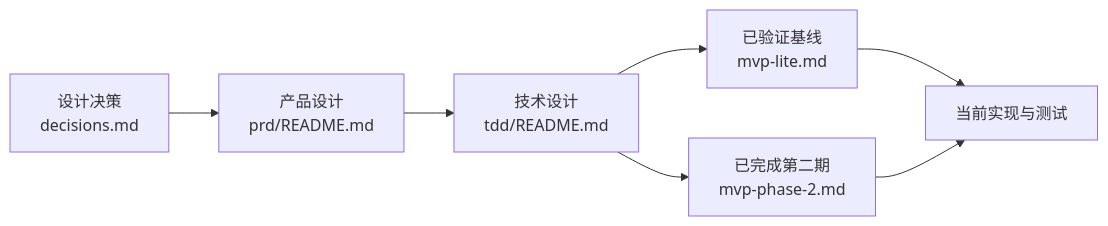
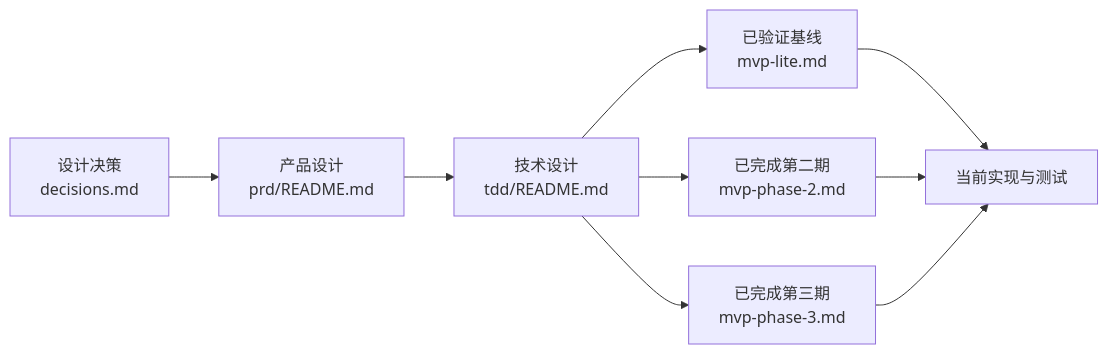
Before and after one commit to idy534/Eidos: the diagram in docs/README.md, drawn with Mermaid. The commit also changed other lines of this file and 64 other files, not shown here.

````diff
--- a/docs/README.md
+++ b/docs/README.md
@@ -7,9 +7,11 @@
 ```mermaid
 flowchart LR
     D["设计决策<br/>decisions.md"] --> PRD["产品设计<br/>prd/README.md"]
     PRD --> TDD["技术设计<br/>tdd/README.md"]
     TDD --> M1["已验证基线<br/>mvp-lite.md"]
     TDD --> M2["已完成第二期<br/>mvp-phase-2.md"]
+    TDD --> M3["已完成第三期<br/>mvp-phase-3.md"]
     M1 --> CODE["当前实现与测试"]
     M2 --> CODE
+    M3 --> CODE
 ```
````
